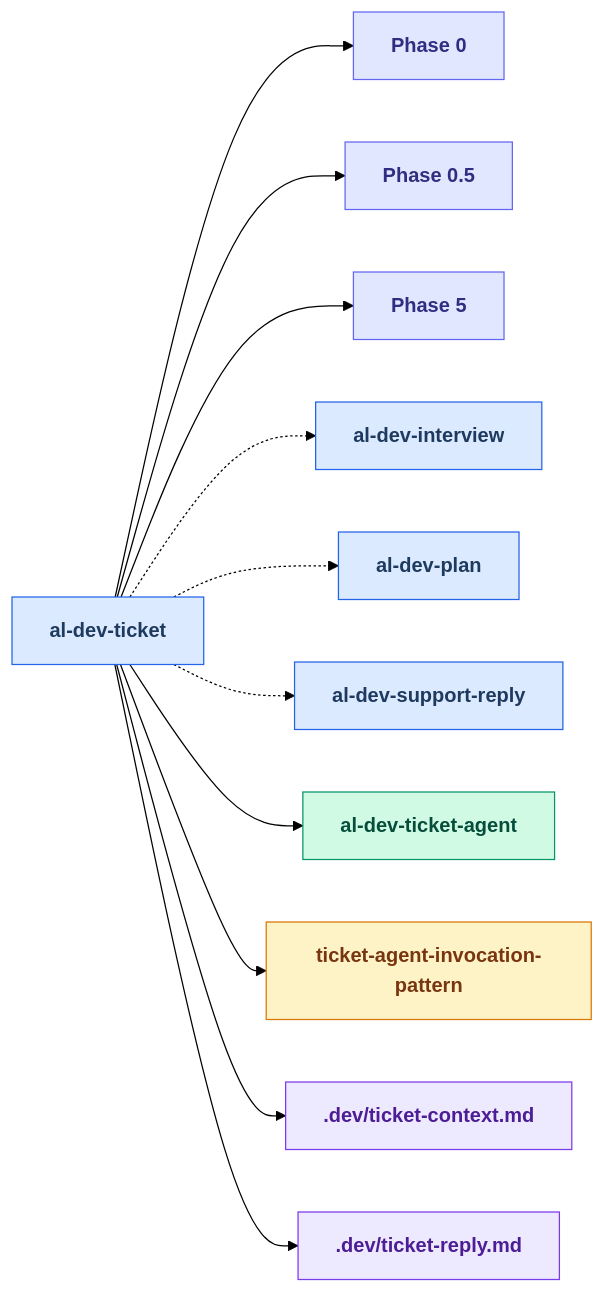
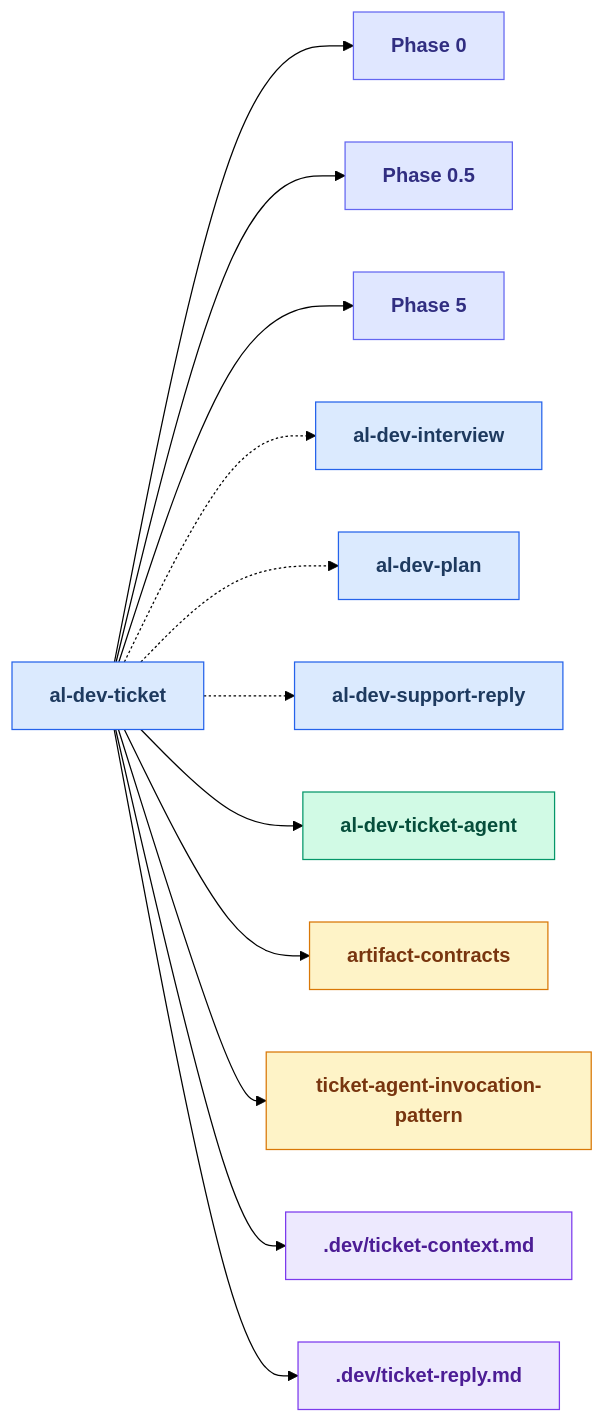
Before and after one commit to russell-laing/al-dev-shared: the second of 25 diagrams in docs/al-dev-skills-map.md, drawn with Mermaid (forest theme). The commit also changed other lines of this file and 7 other files, not shown here.

````diff
--- a/docs/al-dev-skills-map.md
+++ b/docs/al-dev-skills-map.md
@@ -98,43 +98,46 @@
 ```mermaid
 flowchart LR
     classDef skillNode fill:#dbeafe,stroke:#2563eb,color:#1e3a5f,font-weight:bold
     classDef agentNode fill:#d1fae5,stroke:#059669,color:#064e3b,font-weight:bold
     classDef knowledgeNode fill:#fef3c7,stroke:#d97706,color:#78350f,font-weight:bold
     classDef artifactNode fill:#ede9fe,stroke:#7c3aed,color:#4c1d95,font-weight:bold
     classDef phaseNode fill:#e0e7ff,stroke:#6366f1,color:#312e81,font-weight:bold
 
     skill_al_dev_ticket[al-dev-ticket]
     Phase0["Phase 0"]
     Phase0_5["Phase 0.5"]
     Phase5["Phase 5"]
     skill_al_dev_interview[al-dev-interview]
     skill_al_dev_plan[al-dev-plan]
     skill_al_dev_support_reply[al-dev-support-reply]
     agent_al_dev_ticket_agent[al-dev-ticket-agent]
+    knowledge_artifact_contracts_md[artifact-contracts]
     knowledge_ticket_agent_invocation_pattern_md[ticket-agent-invocation-pattern]
     artifact_ticket_context_md[.dev/ticket-context.md]
     artifact_ticket_reply_md[.dev/ticket-reply.md]
 
     skill_al_dev_ticket --> Phase0
     skill_al_dev_ticket --> Phase0_5
     skill_al_dev_ticket --> Phase5
     skill_al_dev_ticket -.-> skill_al_dev_interview
     skill_al_dev_ticket -.-> skill_al_dev_plan
     skill_al_dev_ticket -.-> skill_al_dev_support_reply
     skill_al_dev_ticket --> agent_al_dev_ticket_agent
+    skill_al_dev_ticket --> knowledge_artifact_contracts_md
     skill_al_dev_ticket --> knowledge_ticket_agent_invocation_pattern_md
     skill_al_dev_ticket --> artifact_ticket_context_md
     skill_al_dev_ticket --> artifact_ticket_reply_md
 
     class skill_al_dev_ticket skillNode
     class Phase0 phaseNode
     class Phase0_5 phaseNode
     class Phase5 phaseNode
     class skill_al_dev_interview skillNode
     class skill_al_dev_plan skillNode
     class skill_al_dev_support_reply skillNode
     class agent_al_dev_ticket_agent agentNode
+    class knowledge_artifact_contracts_md knowledgeNode
     class knowledge_ticket_agent_invocation_pattern_md knowledgeNode
     class artifact_ticket_context_md artifactNode
     class artifact_ticket_reply_md artifactNode
 ```
````
